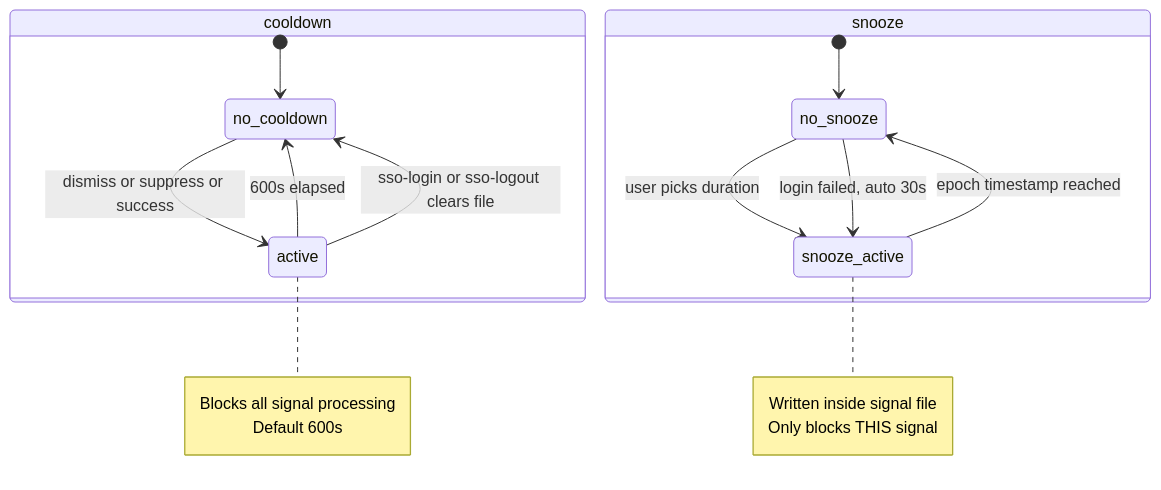
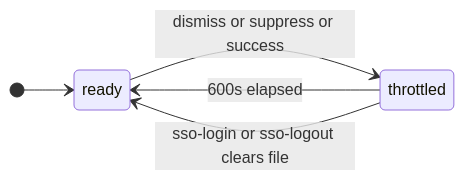
Before and after one commit to rp-arielrodriguez/bazel-aws-maven-proxy: the sixth of 7 diagrams in docs/state-machine.md, drawn with Mermaid. The commit also changed other lines of this file, not shown here.

Commit message:
split state diagrams into smaller focused charts to avoid edge overlap

````diff
--- a/docs/state-machine.md
+++ b/docs/state-machine.md
@@ -83,24 +102,8 @@
 ```mermaid
 stateDiagram-v2
-    state cooldown {
-        [*] --> no_cooldown
-        no_cooldown --> active : dismiss or suppress or success
-        active --> no_cooldown : 600s elapsed
-        active --> no_cooldown : sso-login or sso-logout clears file
-        note right of active
-            Blocks all signal processing
-            Default 600s
-        end note
-    }
-
-    state snooze {
-        [*] --> no_snooze
-        no_snooze --> snooze_active : user picks duration
-        no_snooze --> snooze_active : login failed, auto 30s
-        snooze_active --> no_snooze : epoch timestamp reached
-        note right of snooze_active
-            Written inside signal file
-            Only blocks THIS signal
-        end note
-    }
+    direction LR
+    [*] --> ready
+    ready --> throttled : dismiss or suppress or success
+    throttled --> ready : 600s elapsed
+    throttled --> ready : sso-login or sso-logout clears file
 ```
````
